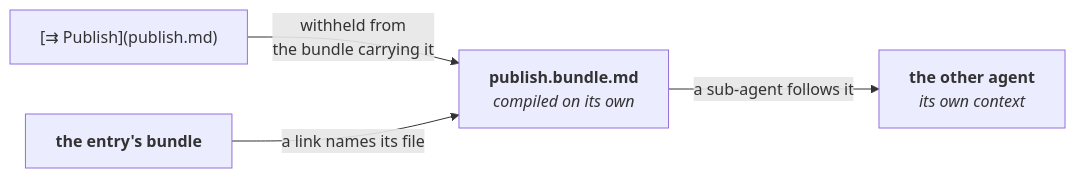
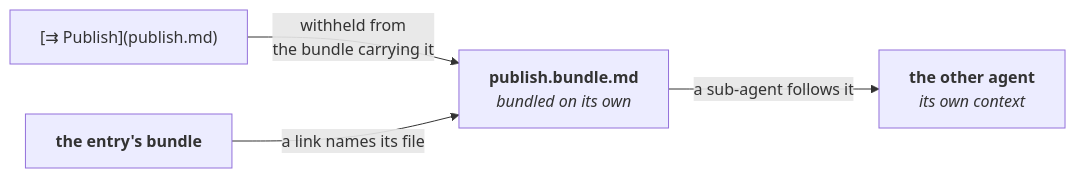
Before and after one commit to m2ux/prosiform: the eighth of 11 diagrams in docs/architecture.md, drawn with Mermaid. The commit also changed other lines of this file and 280 other files, not shown here.

````diff
--- a/docs/architecture.md
+++ b/docs/architecture.md
@@ -133,6 +133,6 @@
 ```mermaid
 flowchart LR
-  Link["[⇉ Publish](publish.md)"] -- "withheld from<br/>the bundle carrying it" --> Target["<b>publish.bundle.md</b><br/><i>compiled on its own</i>"]
+  Link["[⇉ Publish](publish.md)"] -- "withheld from<br/>the bundle carrying it" --> Target["<b>publish.bundle.md</b><br/><i>bundled on its own</i>"]
   Entry["<b>the entry's bundle</b>"] -- "a link names its file" --> Target
   Target -- "a sub-agent follows it" --> Agent["<b>the other agent</b><br/><i>its own context</i>"]
 ```
````
